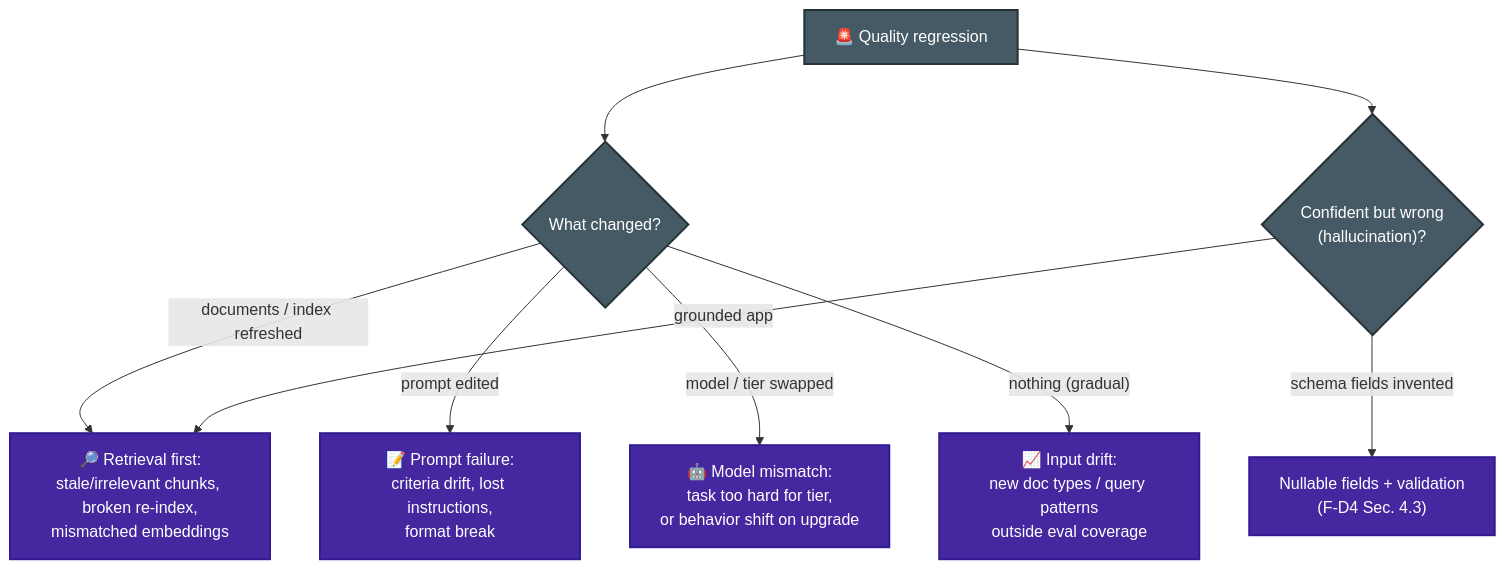
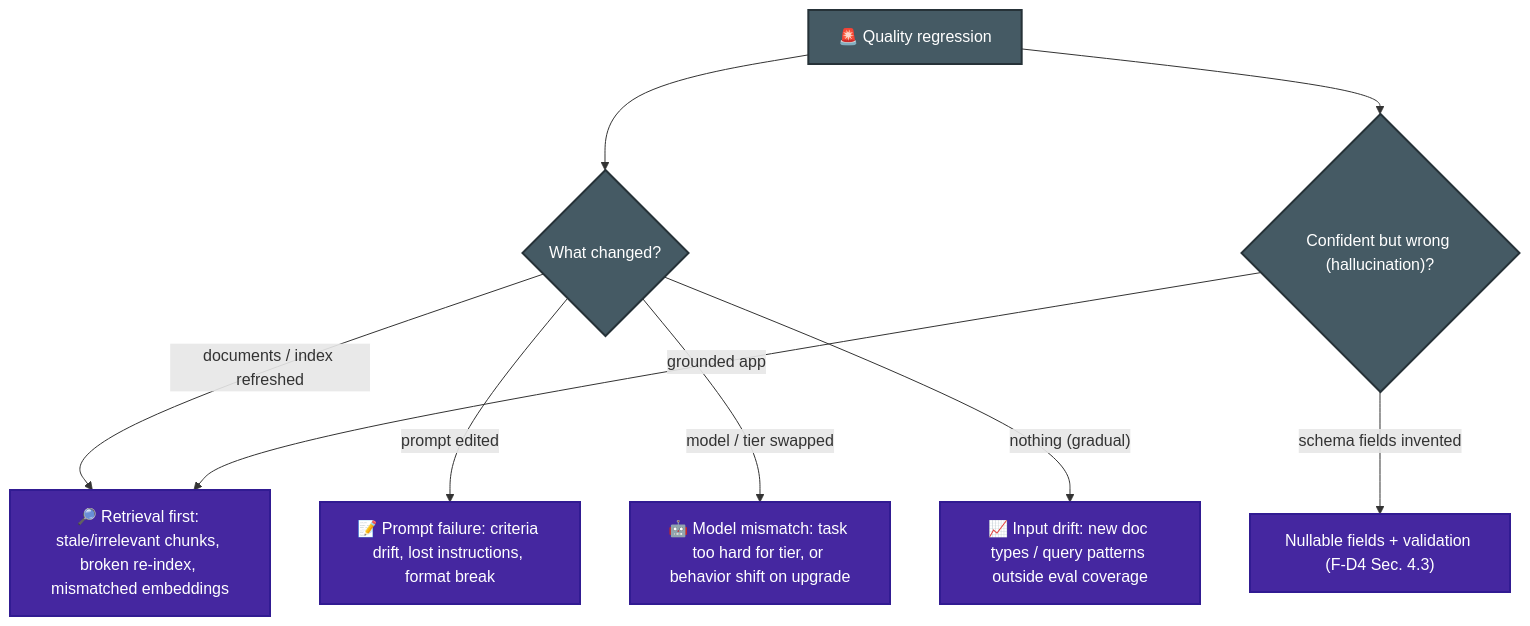
One commit to parmar-m/claude-architect-certification-prep changed the second of 2 diagrams in CCA-P/domains/d4-evaluation-testing-optimization.md. Above: the diagram before and after it, drawn with Mermaid. The commit also changed other lines of this file and 24 other files, not shown here.

Commit message:
fix html tags in mmd diagrams

````diff
--- a/CCA-P/domains/d4-evaluation-testing-optimization.md
+++ b/CCA-P/domains/d4-evaluation-testing-optimization.md
@@ -31,15 +31,15 @@
 ```mermaid
 flowchart TD
     SYM["🚨 Quality regression"] --> Q1{What changed?}
-    Q1 -- "documents / index refreshed" --> RET["🔎 Retrieval first:<br/>stale/irrelevant chunks, broken re-index,<br/>mismatched embeddings"]
-    Q1 -- "prompt edited" --> PR["📝 Prompt failure:<br/>criteria drift, lost instructions,<br/>format break"]
-    Q1 -- "model / tier swapped" --> MM["🤖 Model mismatch:<br/>task too hard for tier,<br/>or behavior shift on upgrade"]
-    Q1 -- "nothing (gradual)" --> DRIFT["📈 Input drift:<br/>new doc types / query patterns<br/>outside eval coverage"]
-    SYM --> HAL{"Confident but wrong<br/>(hallucination)?"}
+    Q1 -- "documents / index refreshed" --> RET["🔎 Retrieval first: stale/irrelevant chunks, broken re-index, mismatched embeddings"]
+    Q1 -- "prompt edited" --> PR["📝 Prompt failure: criteria drift, lost instructions, format break"]
+    Q1 -- "model / tier swapped" --> MM["🤖 Model mismatch: task too hard for tier, or behavior shift on upgrade"]
+    Q1 -- "nothing (gradual)" --> DRIFT["📈 Input drift: new doc types / query patterns outside eval coverage"]
+    SYM --> HAL{"Confident but wrong (hallucination)?"}
     HAL -- "grounded app" --> RET
-    HAL -- "schema fields invented" --> SCH["Nullable fields + validation<br/>(F-D4 Sec. 4.3)"]
+    HAL -- "schema fields invented" --> SCH["Nullable fields + validation (F-D4 Sec. 4.3)"]
     classDef diag fill:#4527A0,color:#fff,stroke:#311B92,stroke-width:2px
     classDef n fill:#455A64,color:#fff,stroke:#263238,stroke-width:2px
     class RET,PR,MM,DRIFT,SCH diag
     class SYM,Q1,HAL n
 ```
````
